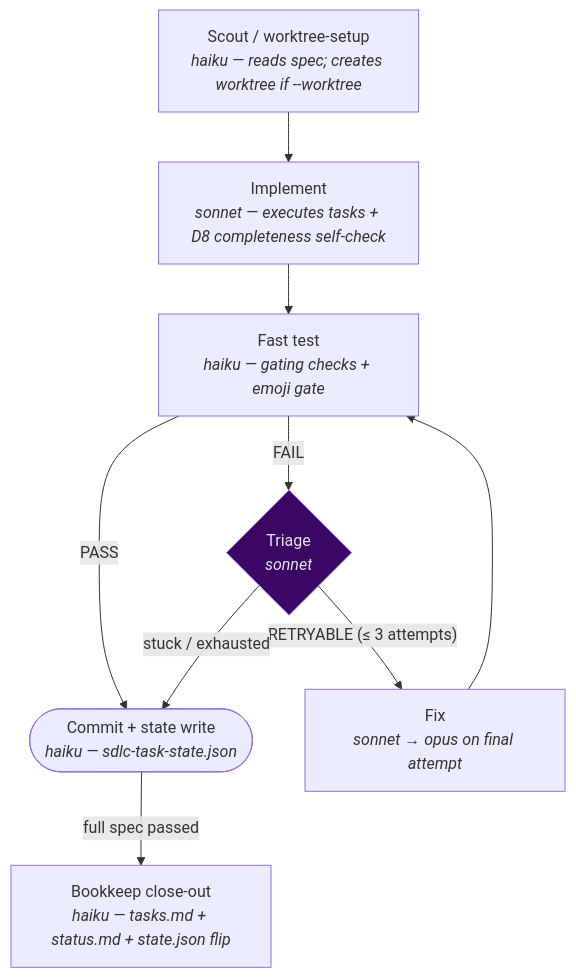
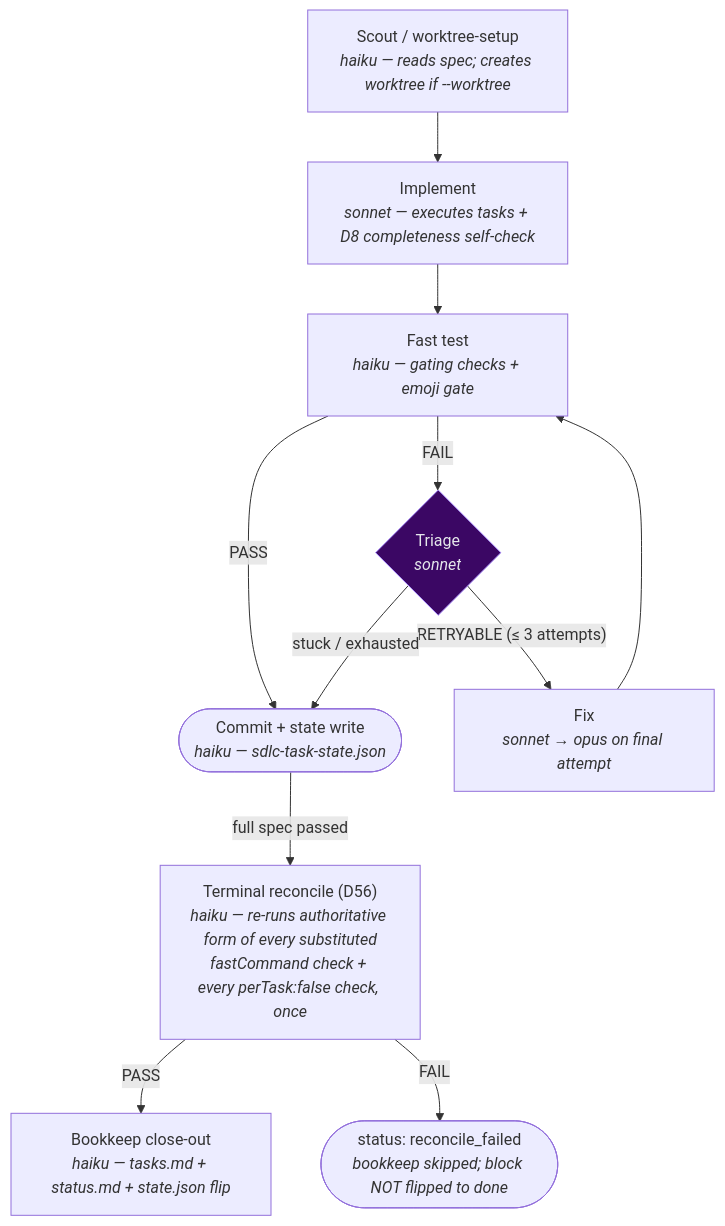
The first of 2 diagrams in docs/workflows/sdlc-task.md (bredmond1019/agentic-base-template), drawn with Mermaid before and after one commit. The commit also changed other lines of this file, not shown here.

Commit message:
feat: implement ticket-sdlc-task-has-no-authoritative-gate-task5

````diff
--- a/docs/workflows/sdlc-task.md
+++ b/docs/workflows/sdlc-task.md
@@ -47,13 +48,15 @@
 ```mermaid
 flowchart TD
     Scout["Scout / worktree-setup<br/><i>haiku — reads spec; creates worktree if --worktree</i>"] --> Implement["Implement<br/><i>sonnet — executes tasks + D8 completeness self-check</i>"]
     Implement --> Test["Fast test<br/><i>haiku — gating checks + emoji gate</i>"]
     Test -- "PASS" --> Commit(["Commit + state write<br/><i>haiku — sdlc-task-state.json</i>"])
     Test -- "FAIL" --> Triage{"Triage<br/><i>sonnet</i>"}
     Triage -- "RETRYABLE (≤ 3 attempts)" --> Fix["Fix<br/><i>sonnet → opus on final attempt</i>"] --> Test
     Triage -- "stuck / exhausted" --> Commit
-    Commit -- "full spec passed" --> Bookkeep["Bookkeep close-out<br/><i>haiku — tasks.md + status.md + state.json flip</i>"]
+    Commit -- "full spec passed" --> Reconcile["Terminal reconcile (D56)<br/><i>haiku — re-runs authoritative form of every substituted<br/>fastCommand check + every perTask:false check, once</i>"]
+    Reconcile -- "PASS" --> Bookkeep["Bookkeep close-out<br/><i>haiku — tasks.md + status.md + state.json flip</i>"]
+    Reconcile -- "FAIL" --> ReconcileFailed(["status: reconcile_failed<br/><i>bookkeep skipped; block NOT flipped to done</i>"])
 
     classDef gate fill:#3b0764,stroke:#a78bfa,color:#e5e7eb;
     class Triage gate;
 ```
````
